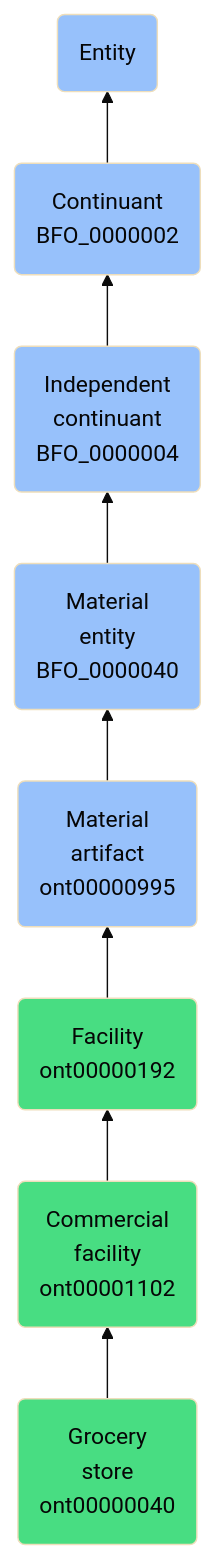
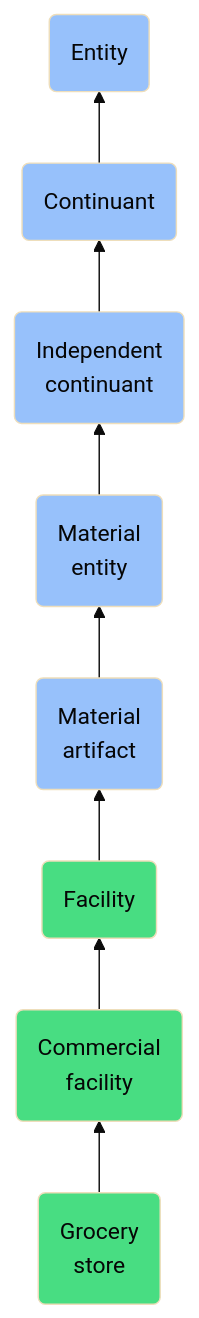
One commit to jupyter-naas/abi changed the diagram in docs/ontology/reference/model/Entity/Continuant/Independent continuant/Material entity/Material artifact/Facility/Commercial facility/Grocery store/Grocery store.md. Above: the diagram before and after it, drawn with Mermaid (base theme). The commit also changed other lines of this file and 1430 other files, not shown here.

````diff
--- a/docs/ontology/reference/model/Entity/Continuant/Independent continuant/Material entity/Material artifact/Facility/Commercial facility/Grocery store/Grocery store.md
+++ b/docs/ontology/reference/model/Entity/Continuant/Independent continuant/Material entity/Material artifact/Facility/Commercial facility/Grocery store/Grocery store.md
@@ -24,15 +24,15 @@
 ```mermaid
 graph BT
-    ont00000040(Grocery<br>store<br>ont00000040):::ABI-->ont00001102
-    ont00001102(Commercial<br>facility<br>ont00001102):::ABI-->ont00000192
-    ont00000192(Facility<br>ont00000192):::ABI-->ont00000995
-    ont00000995(Material<br>artifact<br>ont00000995):::BFO-->BFO_0000040
-    BFO_0000040(Material<br>entity<br>BFO_0000040):::BFO-->BFO_0000004
-    BFO_0000004(Independent<br>continuant<br>BFO_0000004):::BFO-->BFO_0000002
-    BFO_0000002(Continuant<br>BFO_0000002):::BFO-->BFO_0000001
+    ont00000040(Grocery<br>store):::ABI-->ont00001102
+    ont00001102(Commercial<br>facility):::ABI-->ont00000192
+    ont00000192(Facility):::ABI-->ont00000995
+    ont00000995(Material<br>artifact):::BFO-->BFO_0000040
+    BFO_0000040(Material<br>entity):::BFO-->BFO_0000004
+    BFO_0000004(Independent<br>continuant):::BFO-->BFO_0000002
+    BFO_0000002(Continuant):::BFO-->BFO_0000001
     BFO_0000001(Entity):::BFO
     
     classDef BFO fill:#97c1fb,color:#060606
     classDef CCO fill:#e4c51e,color:#060606
     classDef ABI fill:#48DD82,color:#060606
 ```
````
